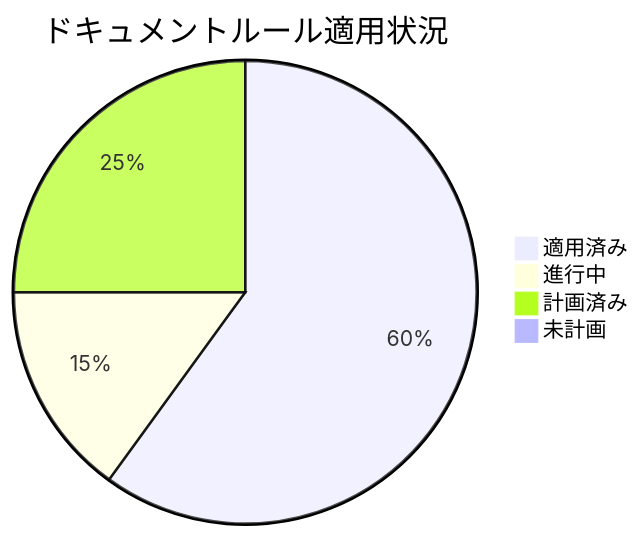
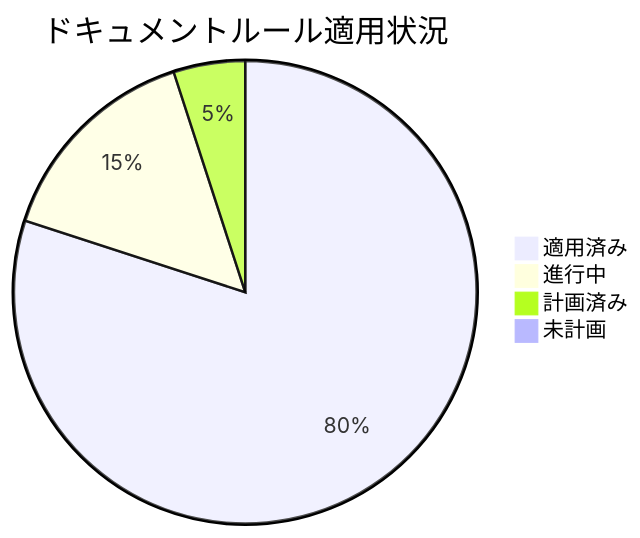
One commit to ToyB0x/git-resume changed the first of 2 diagrams in docs/PROGRESS.md. Above: the diagram before and after it, drawn with Mermaid. The commit also changed other lines of this file and 37 other files, not shown here.

````diff
--- a/docs/PROGRESS.md
+++ b/docs/PROGRESS.md
@@ -19,7 +19,7 @@
 ```mermaid
 pie title ドキュメントルール適用状況
-    "適用済み" : 60
+    "適用済み" : 80
     "進行中" : 15
-    "計画済み" : 25
+    "計画済み" : 5
     "未計画" : 0
 ```
````
